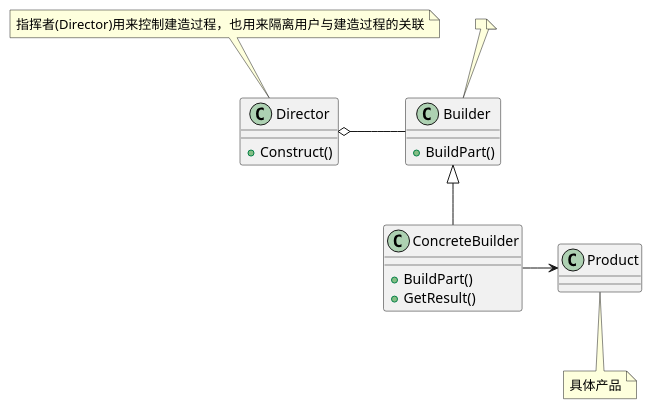
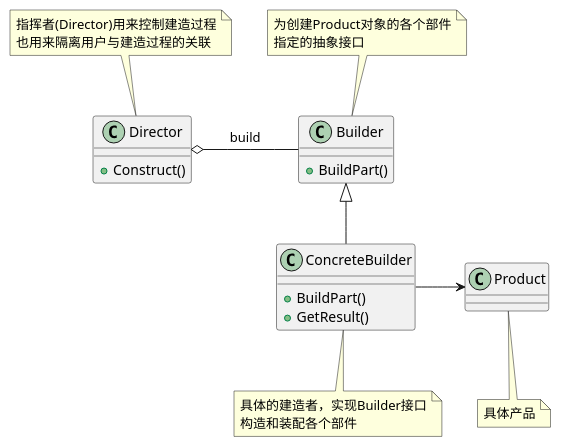
One commit to DepInjoy/geektime changed the second of 4 diagrams in doc/000_DesignArt/00_DesignMode/00_DesignMode.md. Above: the diagram before and after it, drawn with PlantUML. The commit also changed other lines of this file, not shown here.

````diff
--- a/doc/000_DesignArt/00_DesignMode/00_DesignMode.md
+++ b/doc/000_DesignArt/00_DesignMode/00_DesignMode.md
@@ -96,27 +139,28 @@
 ```plantuml
 @startuml
 class Director {
     + Construct()
 }
-note top: 指挥者(Director)用来控制建造过程，也用来隔离用户与建造过程的关联
+note top: 指挥者(Director)用来控制建造过程\n也用来隔离用户与建造过程的关联
 
 class Builder {
     + BuildPart()
 }
-note top : 
+note top : 为创建Product对象的各个部件\n指定的抽象接口
 
 class ConcreteBuilder {
     + BuildPart()
     + GetResult()
 }
+note bottom: 具体的建造者，实现Builder接口\n构造和装配各个部件
 
 class Product {
 
 }
 note bottom: 具体产品
 
 ConcreteBuilder -up-|> Builder
-Director o--right Builder
+Director o--right Builder : build
 ConcreteBuilder -right--> Product
 @enduml
 ```
````
